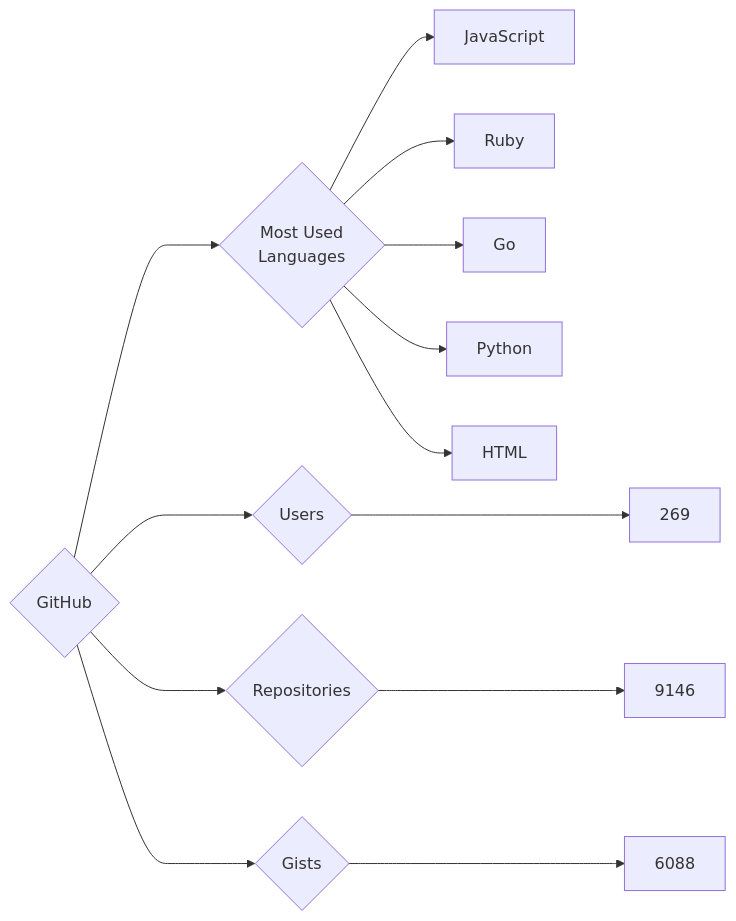
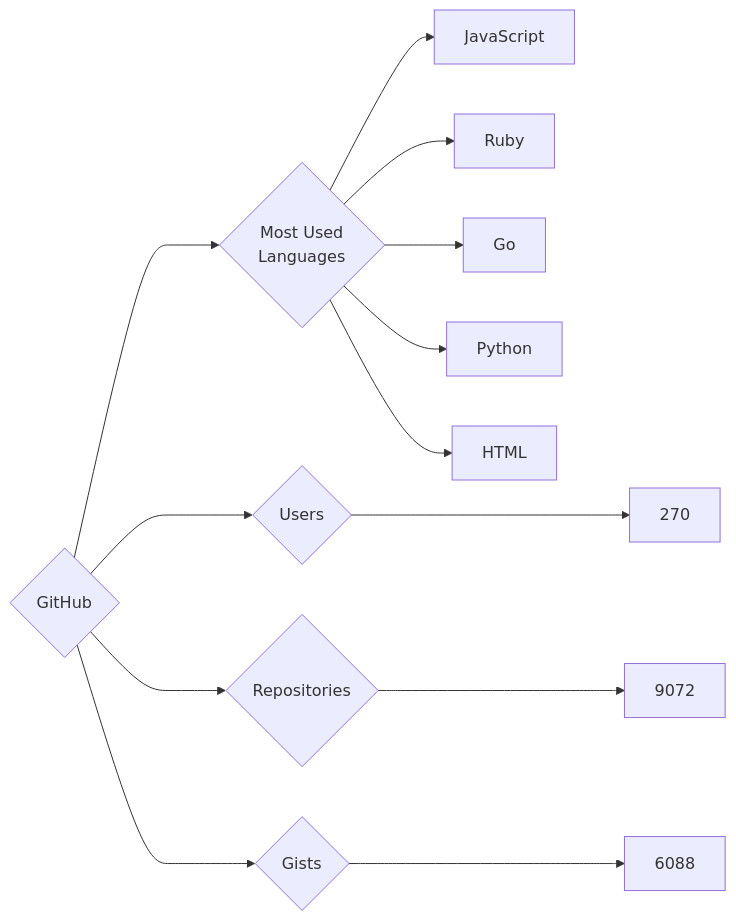
Before and after one commit to trickest/insiders: the diagram in targets/GitHub/README.md, drawn with Mermaid. The commit also changed 1020 other files, not shown here.

````diff
--- a/targets/GitHub/README.md
+++ b/targets/GitHub/README.md
@@ -3,13 +3,13 @@
 ```mermaid
 graph LR
 COMPANY_NAME{GitHub}
-COMPANY_NAME ---> U{Users} ---> UN[269]
-COMPANY_NAME ---> R{Repositories} ---> RN[9146]
+COMPANY_NAME ---> U{Users} ---> UN[270]
+COMPANY_NAME ---> R{Repositories} ---> RN[9072]
 COMPANY_NAME ---> G{Gists} ---> GN[6088]
 COMPANY_NAME ---> ML{Most Used<br>Languages}
 ML --> JavaScript[JavaScript]
 ML --> Ruby[Ruby]
 ML --> Go[Go]
 ML --> Python[Python]
 ML --> HTML[HTML]
 ```
````
